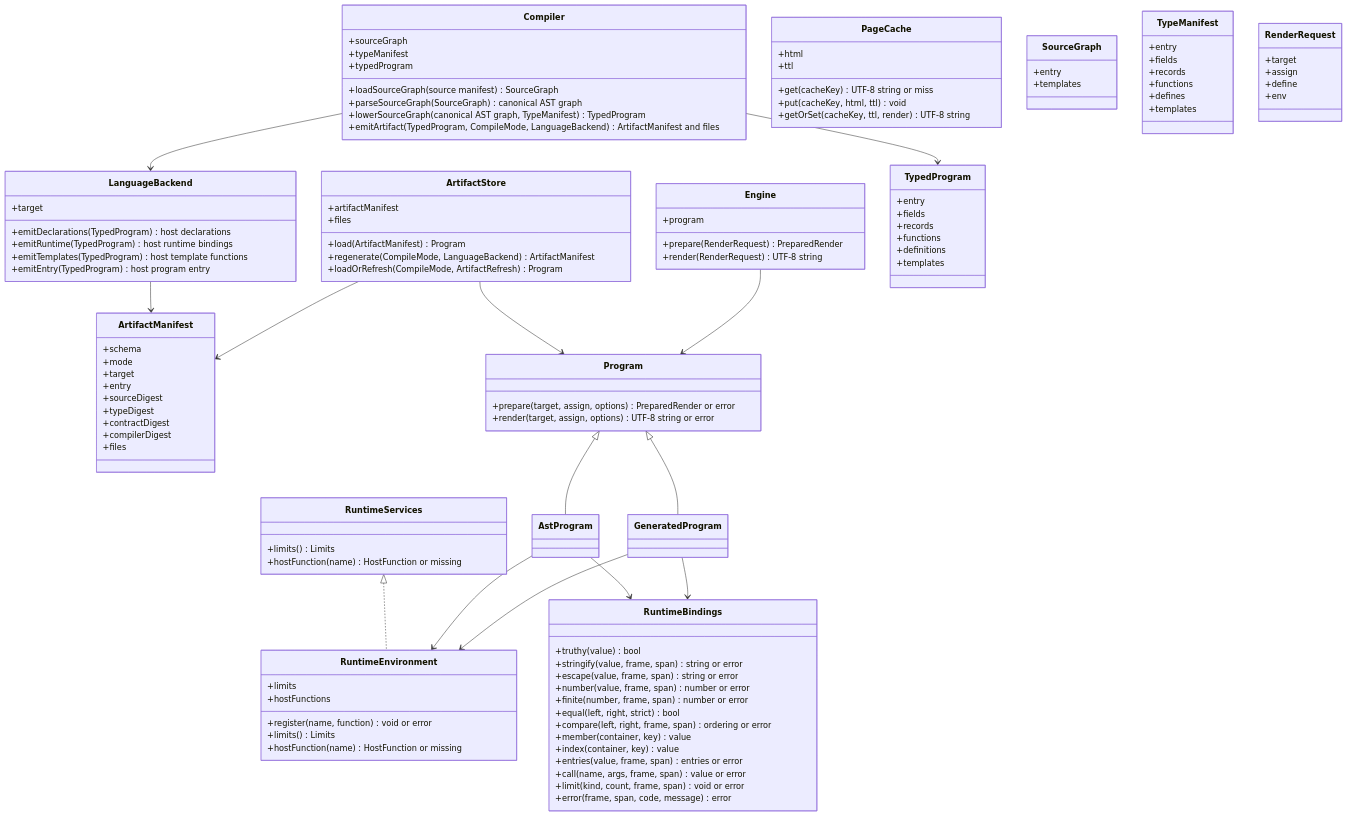
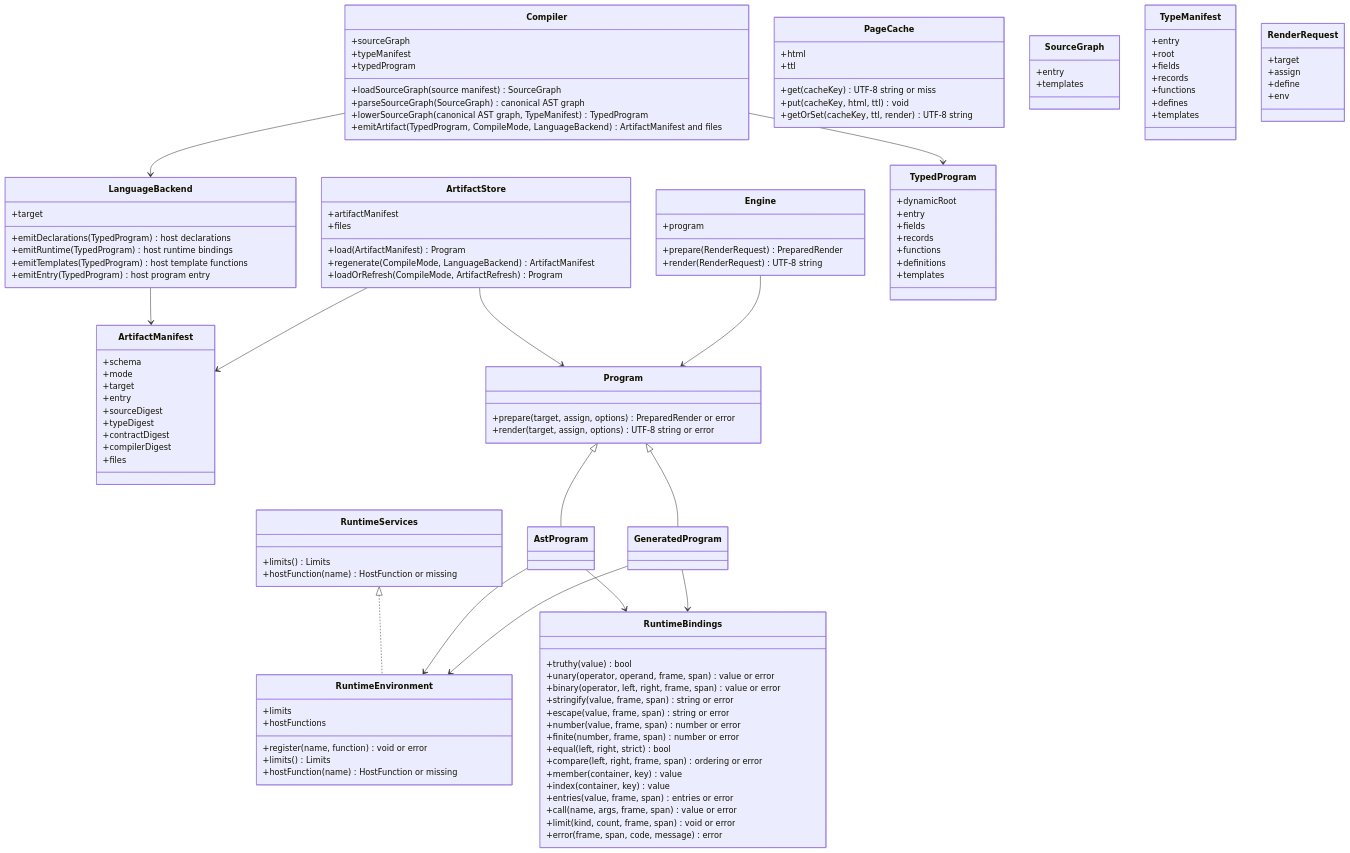
One commit to polyspec/template changed the diagram in tools/compiler/generated/compiler-classes.mmd. Above: the diagram before and after it, drawn with Mermaid. The commit also changed 15 other files, not shown here.

```diff
--- a/tools/compiler/generated/compiler-classes.mmd
+++ b/tools/compiler/generated/compiler-classes.mmd
@@ -1,118 +1,122 @@
 classDiagram
   class Compiler {
     +sourceGraph
     +typeManifest
     +typedProgram
     +loadSourceGraph(source manifest) SourceGraph
     +parseSourceGraph(SourceGraph) canonical AST graph
     +lowerSourceGraph(canonical AST graph, TypeManifest) TypedProgram
     +emitArtifact(TypedProgram, CompileMode, LanguageBackend) ArtifactManifest and files
   }
   class LanguageBackend {
     +target
     +emitDeclarations(TypedProgram) host declarations
     +emitRuntime(TypedProgram) host runtime bindings
     +emitTemplates(TypedProgram) host template functions
     +emitEntry(TypedProgram) host program entry
   }
   class ArtifactStore {
     +artifactManifest
     +files
     +load(ArtifactManifest) Program
     +regenerate(CompileMode, LanguageBackend) ArtifactManifest
     +loadOrRefresh(CompileMode, ArtifactRefresh) Program
   }
   class Engine {
     +program
     +prepare(RenderRequest) PreparedRender
     +render(RenderRequest) UTF-8 string
   }
   class PageCache {
     +html
     +ttl
     +get(cacheKey) UTF-8 string or miss
     +put(cacheKey, html, ttl) void
     +getOrSet(cacheKey, ttl, render) UTF-8 string
   }
   class RuntimeEnvironment {
     +limits
     +hostFunctions
     +register(name, function) void or error
     +limits() Limits
     +hostFunction(name) HostFunction or missing
   }
   class SourceGraph {
     +entry
     +templates
   }
   class TypeManifest {
     +entry
+    +root
     +fields
     +records
     +functions
     +defines
     +templates
   }
   class TypedProgram {
+    +dynamicRoot
     +entry
     +fields
     +records
     +functions
     +definitions
     +templates
   }
   class ArtifactManifest {
     +schema
     +mode
     +target
     +entry
     +sourceDigest
     +typeDigest
     +contractDigest
     +compilerDigest
     +files
   }
   class RenderRequest {
     +target
     +assign
     +define
     +env
   }
   class Program {
     +prepare(target, assign, options) PreparedRender or error
     +render(target, assign, options) UTF-8 string or error
   }
   class AstProgram
   class GeneratedProgram
   class RuntimeBindings {
     +truthy(value) bool
+    +unary(operator, operand, frame, span) value or error
+    +binary(operator, left, right, frame, span) value or error
     +stringify(value, frame, span) string or error
     +escape(value, frame, span) string or error
     +number(value, frame, span) number or error
     +finite(number, frame, span) number or error
     +equal(left, right, strict) bool
     +compare(left, right, frame, span) ordering or error
     +member(container, key) value
     +index(container, key) value
     +entries(value, frame, span) entries or error
     +call(name, args, frame, span) value or error
     +limit(kind, count, frame, span) void or error
     +error(frame, span, code, message) error
   }
   class RuntimeServices {
     +limits() Limits
     +hostFunction(name) HostFunction or missing
   }
   Program <|-- AstProgram
   Program <|-- GeneratedProgram
   Compiler --> TypedProgram
   Compiler --> LanguageBackend
   LanguageBackend --> ArtifactManifest
   ArtifactStore --> ArtifactManifest
   ArtifactStore --> Program
   Engine --> Program
   RuntimeServices <|.. RuntimeEnvironment
   AstProgram --> RuntimeEnvironment
   GeneratedProgram --> RuntimeEnvironment
   AstProgram --> RuntimeBindings
   GeneratedProgram --> RuntimeBindings
```
